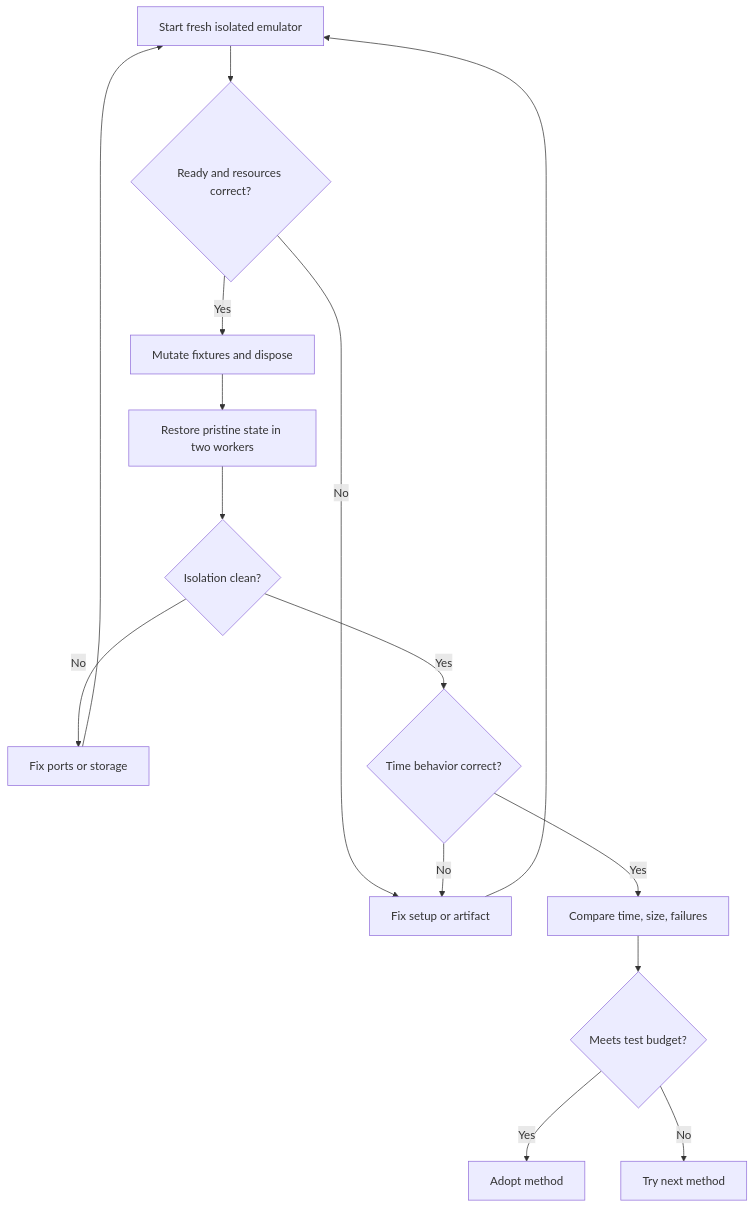
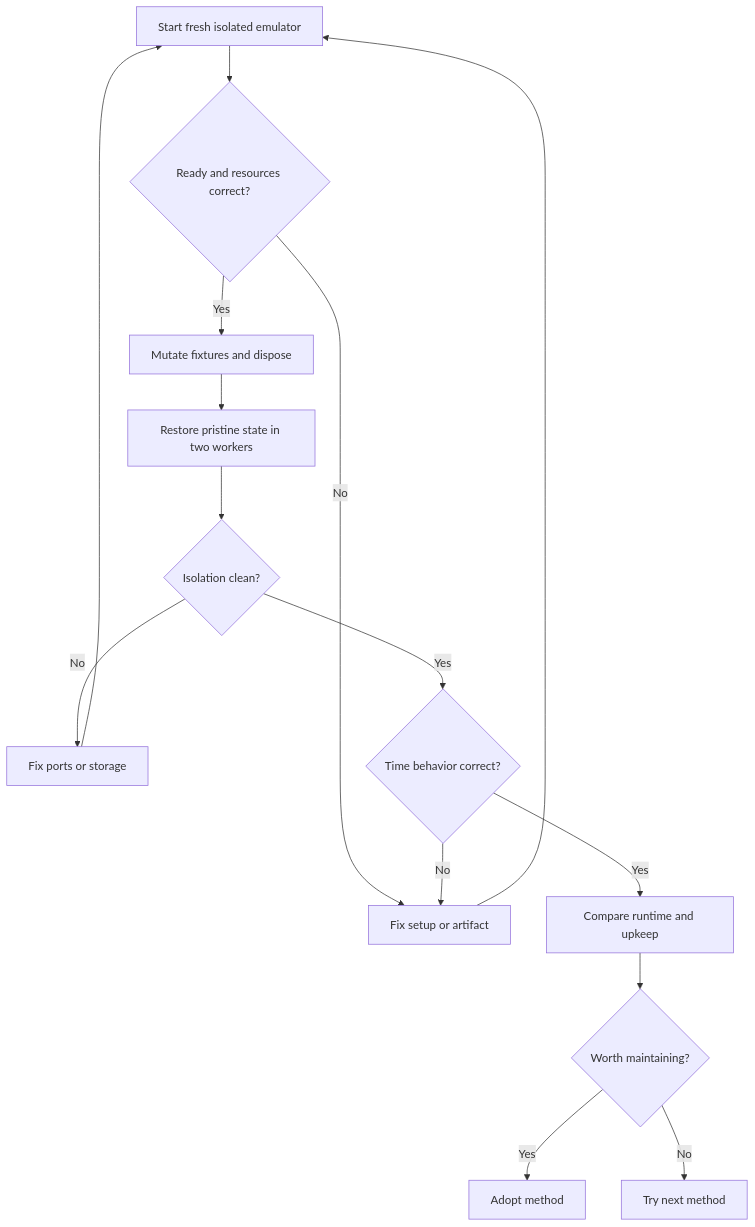
The second of 2 diagrams in docs/reusable-emulator-baselines.md (dmacvicar/awesome-cloud-emulators), drawn with Mermaid before and after one commit. The commit also changed other lines of this file and 1 other file, not shown here.

Commit message:
Account for baseline changes and artifact upkeep in reuse decisions

````diff
--- a/docs/reusable-emulator-baselines.md
+++ b/docs/reusable-emulator-baselines.md
@@ -67,19 +67,19 @@
 ```mermaid
 flowchart TD
 accTitle: Validating an emulator baseline restore
-accDescr: Start a fresh isolated emulator and check resources. Mutate and discard it, restore again in two workers, verify isolation and time behavior, then compare cost and reliability. Failed checks return to setup or restore configuration; only successful checks lead to adoption.
+accDescr: Start a fresh isolated emulator and check resources. Mutate and discard it, restore again in two workers, verify isolation and time behavior, then compare runtime, reliability, and artifact upkeep after baseline changes. Failed checks return to setup or restore configuration; only a worthwhile method is adopted.
     A["Start fresh isolated emulator"] --> B{"Ready and resources correct?"}
     B -->|No| C["Fix setup or artifact"]
     C --> A
     B -->|Yes| D["Mutate fixtures and dispose"]
     D --> E["Restore pristine state in two workers"]
     E --> F{"Isolation clean?"}
     F -->|No| G["Fix ports or storage"]
     G --> A
     F -->|Yes| H{"Time behavior correct?"}
     H -->|No| C
-    H -->|Yes| I["Compare time, size, failures"]
-    I --> J{"Meets test budget?"}
+    H -->|Yes| I["Compare runtime and upkeep"]
+    I --> J{"Worth maintaining?"}
     J -->|Yes| K["Adopt method"]
     J -->|No| L["Try next method"]
 ```
````
